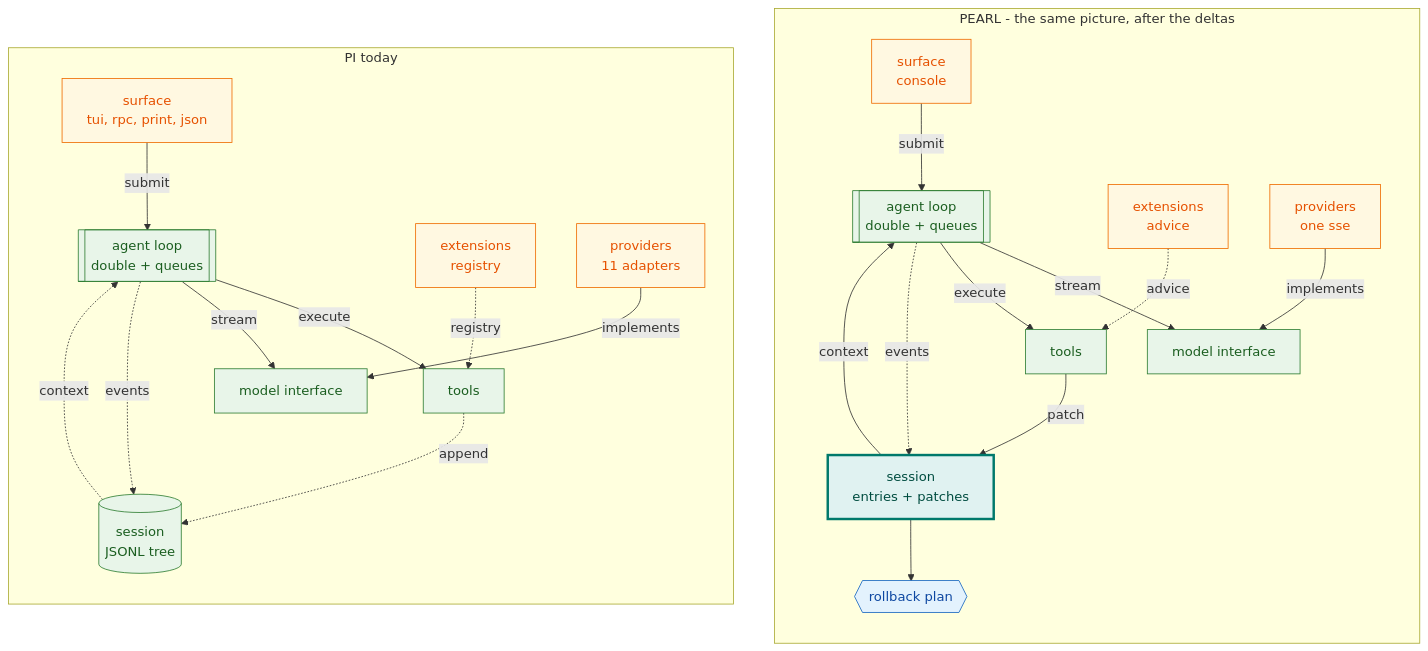
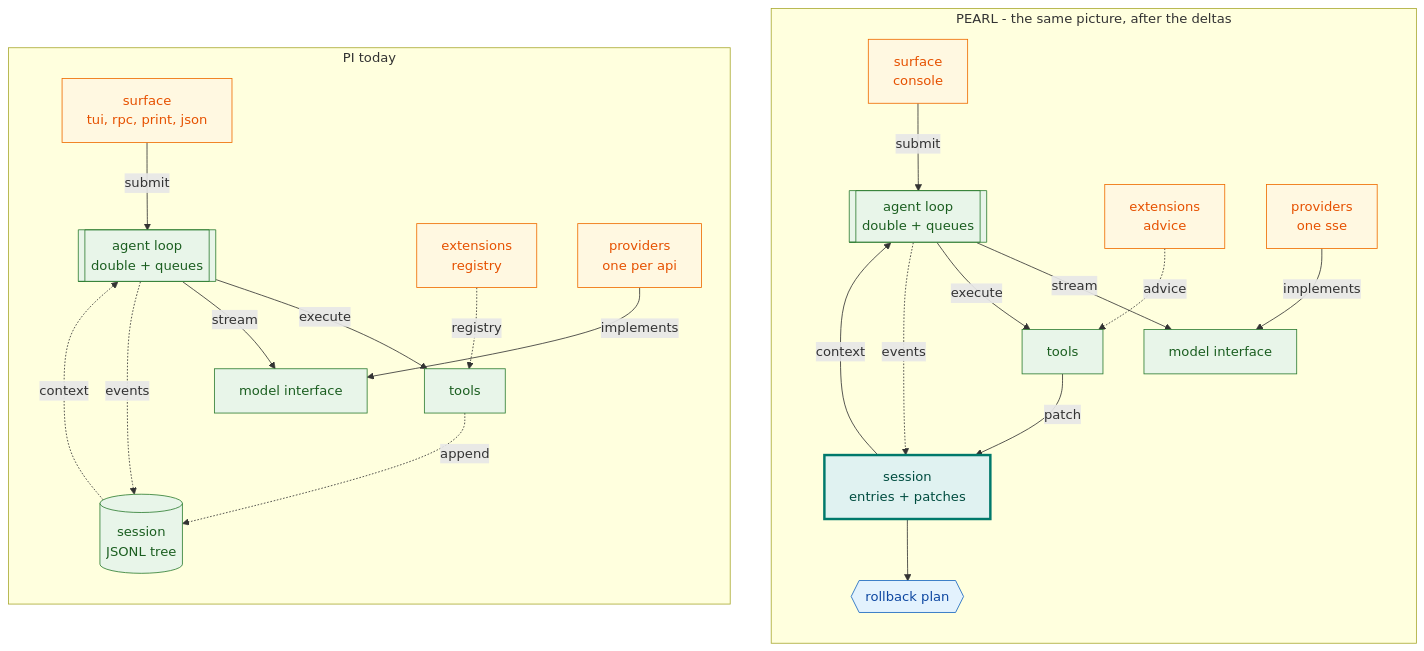
Before and after one commit to OverbearingPearl/pearl: the diagram in README.md, drawn with Mermaid. The commit also changed other lines of this file, not shown here.

Commit message:
Say one per api instead of a number that already moved
"eleven adapters" was a snapshot of packages/ai/src/api/*.ts taken at
some point and never revisited. That tree has already outgrown it, and
pi-ai itself separates provider collections from API implementations, so
one number cannot be right for both.

A count in a figure is a claim that has to be maintained by hand, and
this one had already rotted. "one per api" says the thing actually being
compared - how many wire formats somebody has to keep track of - and
stays true while the number moves.

````diff
--- a/README.md
+++ b/README.md
@@ -57,35 +57,35 @@
 ```mermaid
 flowchart TB
   subgraph R["PEARL - the same picture, after the deltas"]
     direction TB
     r_surf["surface<br/>console"] -->|submit| r_loop[["agent loop<br/>double + queues"]]
     r_loop -->|stream| r_model["model interface"]
     r_loop -->|execute| r_tools["tools"]
     r_loop -.->|events| r_sess["session<br/>entries + patches"]
     r_tools -->|patch| r_sess
     r_sess -->|context| r_loop
     r_sess --> r_plan{{"rollback plan"}}
     r_ext["extensions<br/>advice"] -.->|advice| r_tools
     r_prov["providers<br/>one sse"] -->|implements| r_model
   end
   subgraph L["PI today"]
     direction TB
     l_surf["surface<br/>tui, rpc, print, json"] -->|submit| l_loop[["agent loop<br/>double + queues"]]
     l_loop -->|execute| l_tools["tools"]
     l_loop -->|stream| l_model["model interface"]
     l_loop -.->|events| l_sess[("session<br/>JSONL tree")]
     l_tools -.->|append| l_sess
     l_sess -.->|context| l_loop
     l_ext["extensions<br/>registry"] -.->|registry| l_tools
-    l_prov["providers<br/>11 adapters"] -->|implements| l_model
+    l_prov["providers<br/>one per api"] -->|implements| l_model
   end
   classDef keep fill:#e8f5e9,stroke:#2e7d32,color:#1b5e20
   classDef moved fill:#e0f2f1,stroke:#00796b,color:#004d40,stroke-width:3px
   classDef added fill:#e3f2fd,stroke:#1565c0,color:#0d47a1
   classDef changed fill:#fff8e1,stroke:#ef6c00,color:#e65100
   class l_loop,l_model,l_tools,l_sess,r_loop,r_model,r_tools keep
   class l_surf,l_ext,l_prov changed
   class r_surf,r_ext,r_prov changed
   class r_sess moved
   class r_plan added
 ```
````
